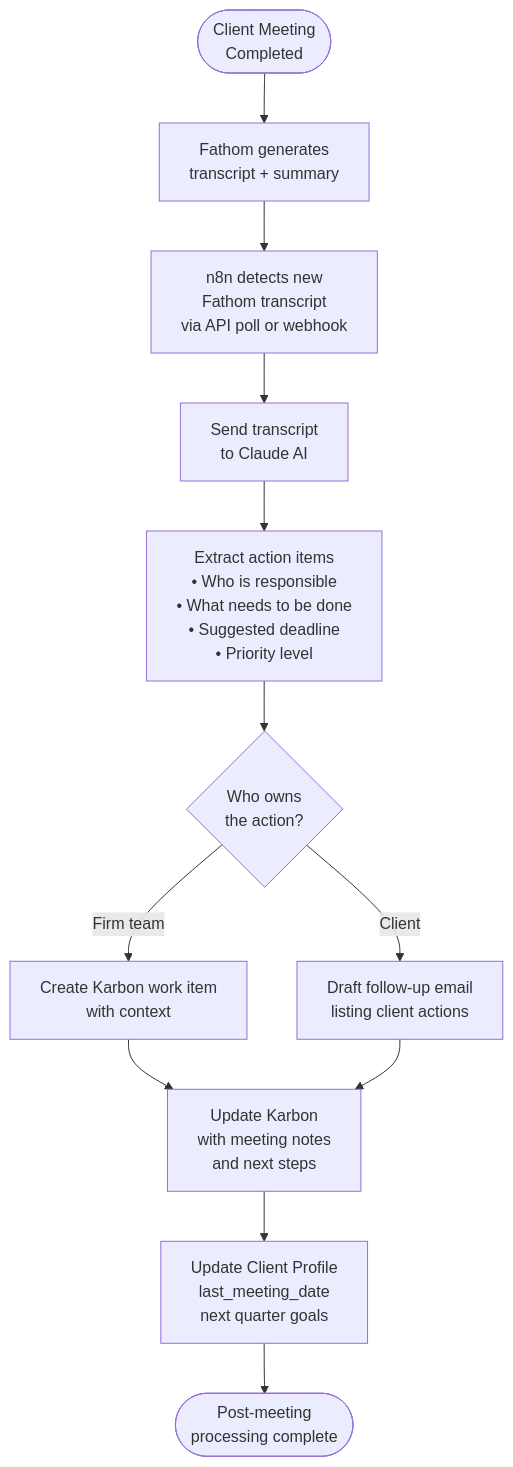
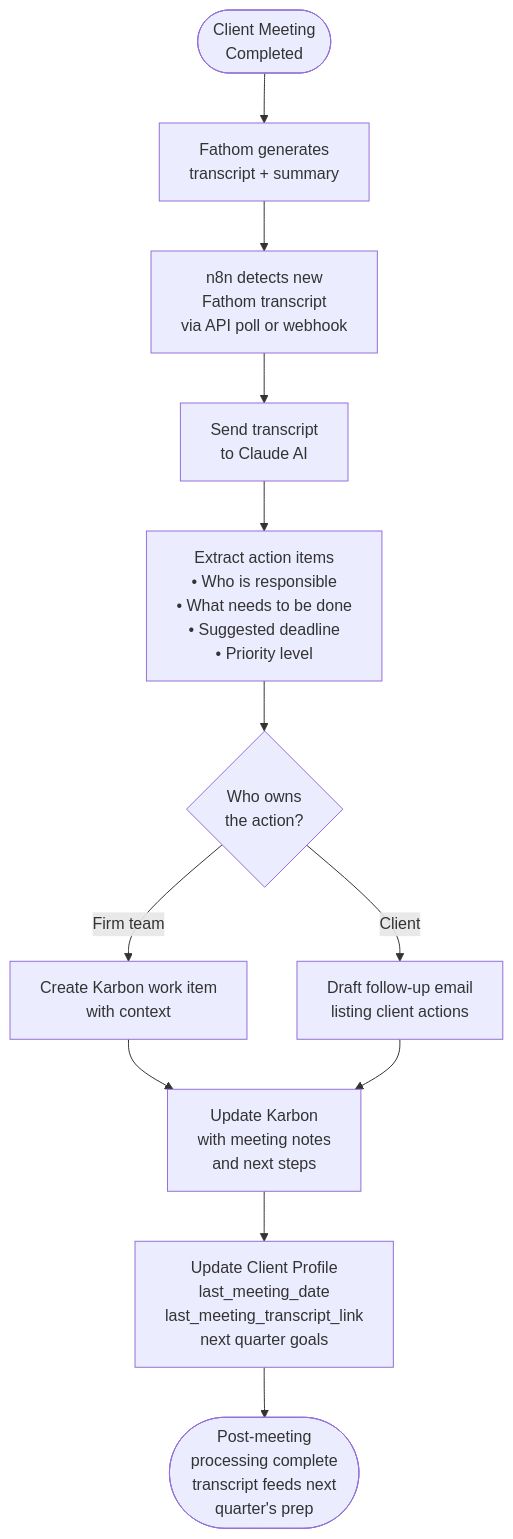
One commit to dkinvestments-art/n8n changed diagram 12 of 27 in docs/quarterly-meeting-automation/05-Comprehensive-Workflow-Documentation.md. Above: the diagram before and after it, drawn with Mermaid. The commit also changed other lines of this file, not shown here.

First line of the commit message:
docs: Upgrade comprehensive workflow doc to v2.0 full client intelligence

````diff
--- a/docs/quarterly-meeting-automation/05-Comprehensive-Workflow-Documentation.md
+++ b/docs/quarterly-meeting-automation/05-Comprehensive-Workflow-Documentation.md
@@ -630,22 +730,22 @@
 ```mermaid
 flowchart TD
     MEETING([Client Meeting<br/>Completed]) --> FATHOM[Fathom generates<br/>transcript + summary]
 
     FATHOM --> DETECT[n8n detects new<br/>Fathom transcript<br/>via API poll or webhook]
 
     DETECT --> CLAUDE[Send transcript<br/>to Claude AI]
 
     CLAUDE --> EXTRACT[Extract action items<br/>• Who is responsible<br/>• What needs to be done<br/>• Suggested deadline<br/>• Priority level]
 
     EXTRACT --> SPLIT{Who owns<br/>the action?}
 
     SPLIT -->|Firm team| KARBON_TASK[Create Karbon work item<br/>with context]
     SPLIT -->|Client| EMAIL_DRAFT[Draft follow-up email<br/>listing client actions]
 
     KARBON_TASK --> KARBON[Update Karbon<br/>with meeting notes<br/>and next steps]
     EMAIL_DRAFT --> KARBON
 
-    KARBON --> PROFILE_UPDATE[Update Client Profile<br/>last_meeting_date<br/>next quarter goals]
+    KARBON --> PROFILE_UPDATE[Update Client Profile<br/>last_meeting_date<br/>last_meeting_transcript_link<br/>next quarter goals]
 
-    PROFILE_UPDATE --> OUT([Post-meeting<br/>processing complete])
+    PROFILE_UPDATE --> OUT([Post-meeting<br/>processing complete<br/>transcript feeds next<br/>quarter's prep])
 ```
````
